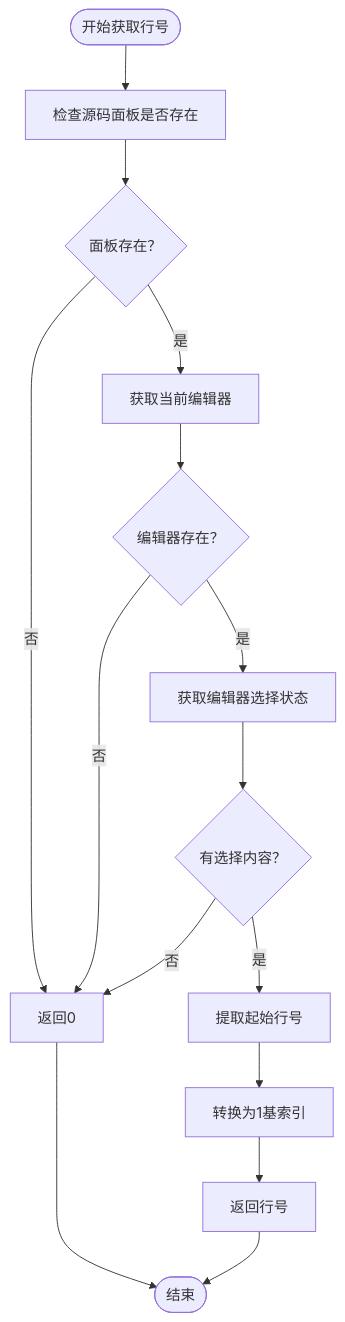
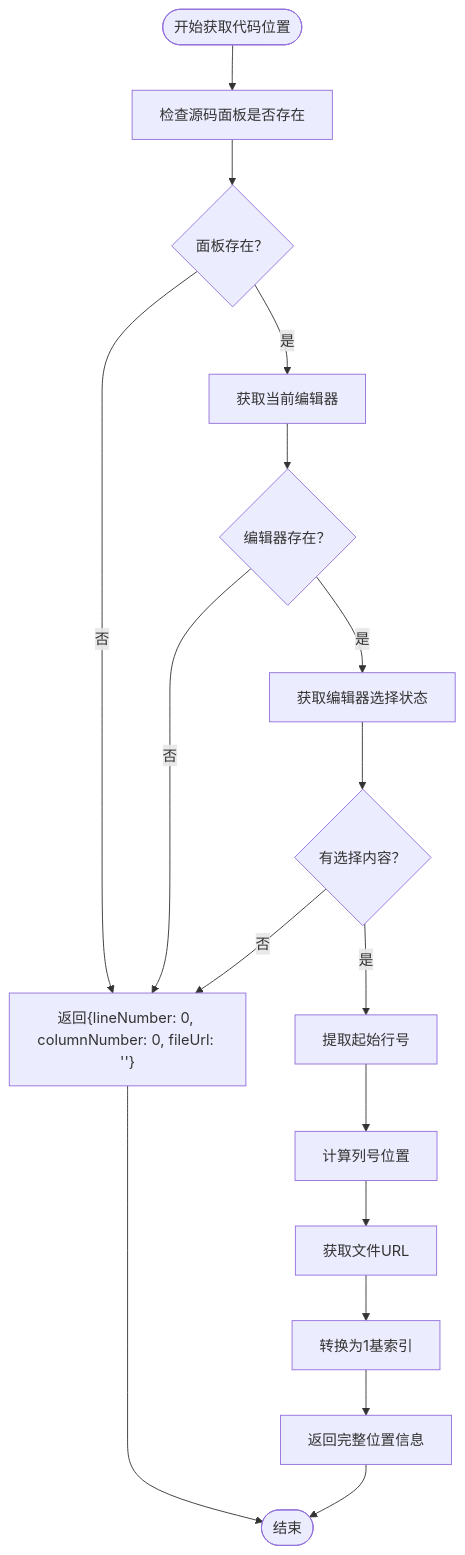
One commit to wangys-123doit/hotkey changed the fifth of 9 diagrams in .qoder/repowiki/zh/content/外部工具集成/Node.js桥接工具.md. Above: the diagram before and after it, drawn with Mermaid. The commit also changed other lines of this file and 14 other files, not shown here.

````diff
--- a/.qoder/repowiki/zh/content/外部工具集成/Node.js桥接工具.md
+++ b/.qoder/repowiki/zh/content/外部工具集成/Node.js桥接工具.md
@@ -326,17 +338,19 @@
 ```mermaid
 flowchart TD
-Start([开始获取行号]) --> CheckPanel["检查源码面板是否存在"]
+Start([开始获取代码位置]) --> CheckPanel["检查源码面板是否存在"]
 CheckPanel --> PanelExists{"面板存在？"}
-PanelExists --> |否| ReturnZero["返回0"]
+PanelExists --> |否| ReturnZero["返回{lineNumber: 0, columnNumber: 0, fileUrl: ''}"]
 PanelExists --> |是| GetEditor["获取当前编辑器"]
 GetEditor --> EditorExists{"编辑器存在？"}
 EditorExists --> |否| ReturnZero
 EditorExists --> |是| GetSelection["获取编辑器选择状态"]
 GetSelection --> HasSelection{"有选择内容？"}
 HasSelection --> |否| ReturnZero
 HasSelection --> |是| ExtractLine["提取起始行号"]
-ExtractLine --> ConvertBase["转换为1基索引"]
-ConvertBase --> ReturnLine["返回行号"]
+ExtractLine --> ExtractColumn["计算列号位置"]
+ExtractColumn --> ExtractURL["获取文件URL"]
+ExtractURL --> ConvertBase["转换为1基索引"]
+ConvertBase --> ReturnComplete["返回完整位置信息"]
 ReturnZero --> End([结束])
-ReturnLine --> End
+ReturnComplete --> End
 ```
````
